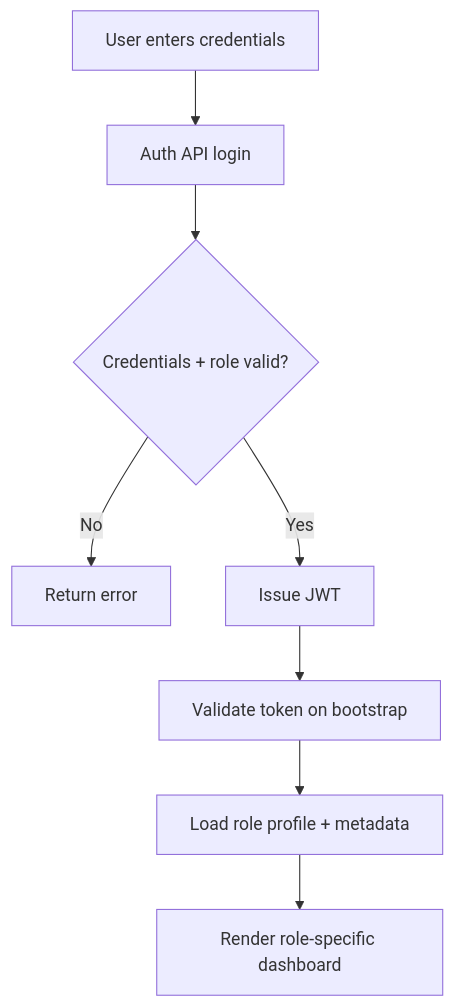
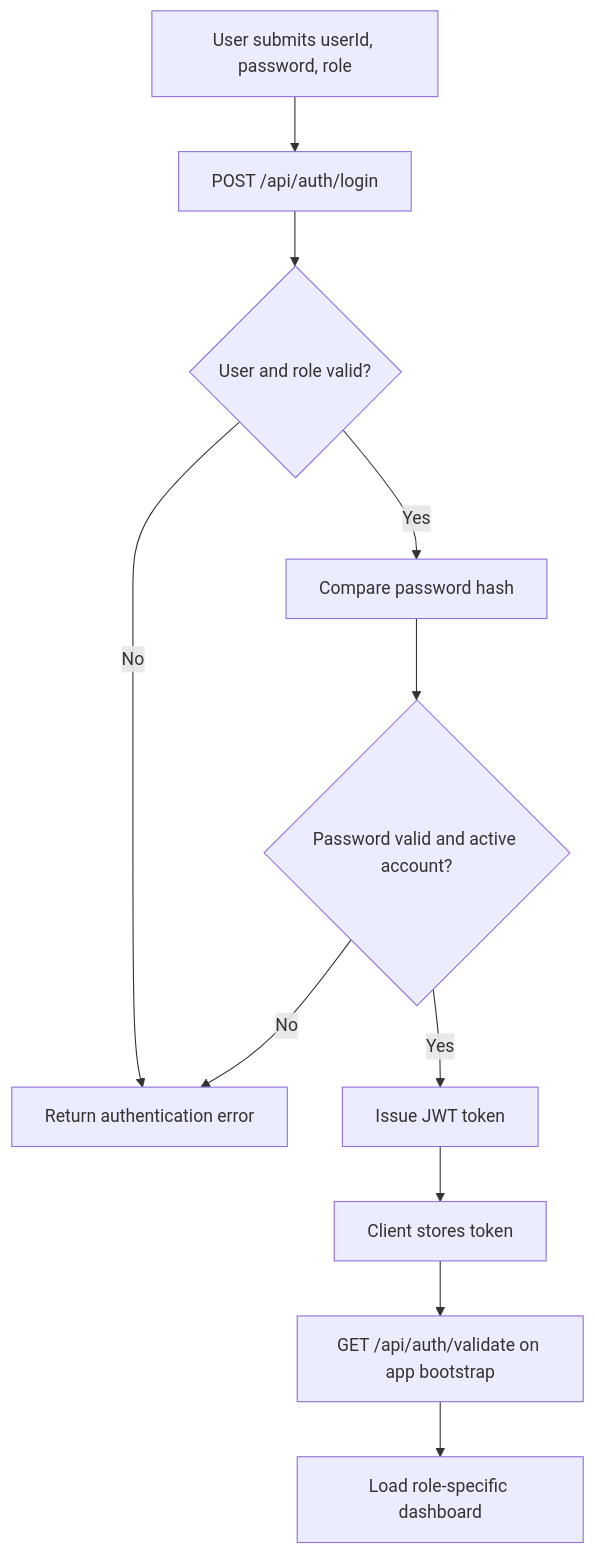
Before and after one commit to ramalokeshreddyp/code_to_win: the second of 7 diagrams in projectdocumentation.md, drawn with Mermaid. The commit also changed other lines of this file and 35 other files, not shown here.

````diff
--- a/projectdocumentation.md
+++ b/projectdocumentation.md
@@ -94,10 +92,13 @@
 ```mermaid
 flowchart TD
-  U1[User enters credentials] --> U2[Auth API login]
-  U2 --> U3{Credentials + role valid?}
-  U3 -->|No| U4[Return error]
-  U3 -->|Yes| U5[Issue JWT]
-  U5 --> U6[Validate token on bootstrap]
-  U6 --> U7[Load role profile + metadata]
-  U7 --> U8[Render role-specific dashboard]
+  A1[User submits userId, password, role] --> A2[POST /api/auth/login]
+  A2 --> A3{User and role valid?}
+  A3 -->|No| A4[Return authentication error]
+  A3 -->|Yes| A5[Compare password hash]
+  A5 --> A6{Password valid and active account?}
+  A6 -->|No| A4
+  A6 -->|Yes| A7[Issue JWT token]
+  A7 --> A8[Client stores token]
+  A8 --> A9[GET /api/auth/validate on app bootstrap]
+  A9 --> A10[Load role-specific dashboard]
 ```
````
